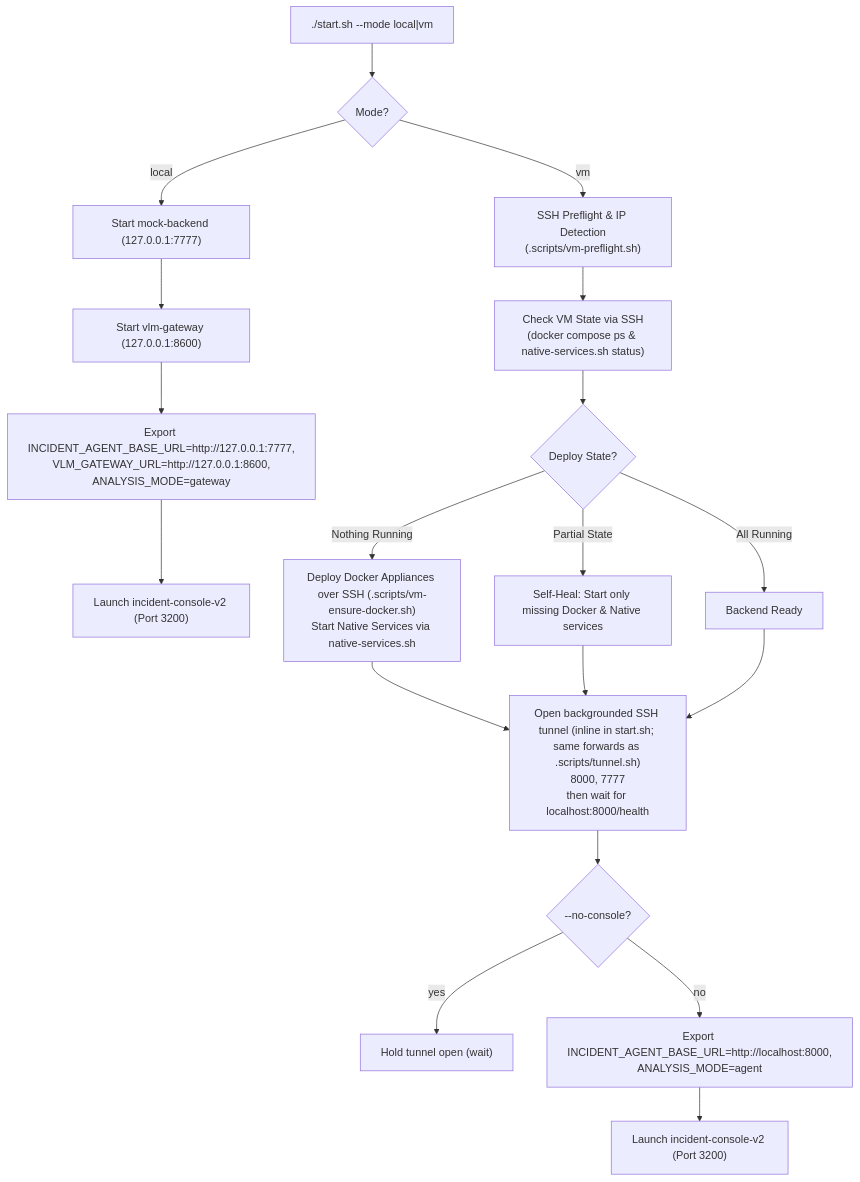
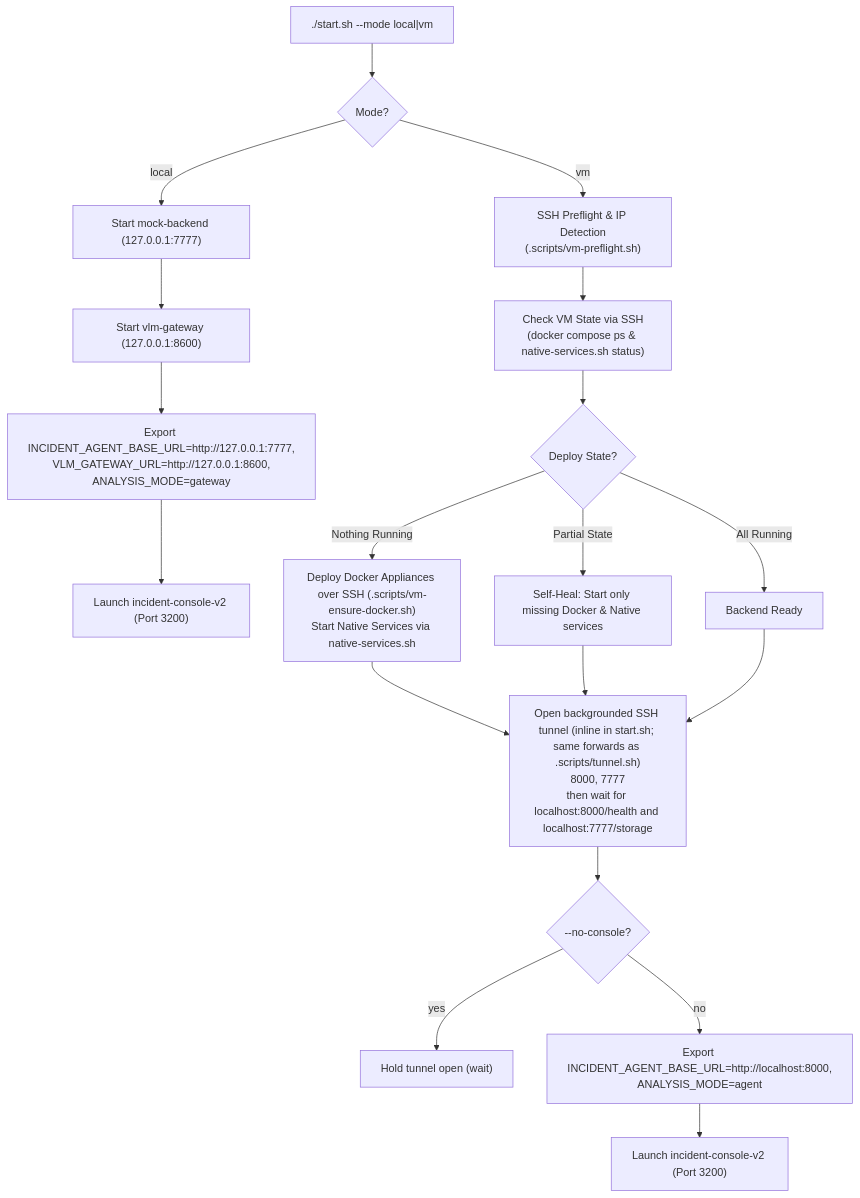
One commit to Danwidj/video-search-and-summarization changed the second of 5 diagrams in deploy/docker/developer-profiles/dev-profile-incident/.docs/architecture.md. Above: the diagram before and after it, drawn with Mermaid. The commit also changed 7 other files, not shown here.

Commit message:
feat(dev-profile-incident): health-check port 7777 proxy in start.sh and tunnel-check.sh (#153)

````diff
--- a/deploy/docker/developer-profiles/dev-profile-incident/.docs/architecture.md
+++ b/deploy/docker/developer-profiles/dev-profile-incident/.docs/architecture.md
@@ -129,28 +129,28 @@
 ```mermaid
 flowchart TD
     Start["./start.sh --mode local|vm"] --> CheckMode{Mode?}
 
     %% Local Mode Path
     CheckMode -->|local| StartMock["Start mock-backend (127.0.0.1:7777)"]
     StartMock --> StartGateway["Start vlm-gateway (127.0.0.1:8600)"]
     StartGateway --> LocalInit["Export INCIDENT_AGENT_BASE_URL=http://127.0.0.1:7777,<br/>VLM_GATEWAY_URL=http://127.0.0.1:8600,<br/>ANALYSIS_MODE=gateway"]
     LocalInit --> RunV2Local["Launch incident-console-v2 (Port 3200)"]
 
     %% VM Mode Path
     CheckMode -->|vm| Preflight["SSH Preflight & IP Detection<br/>(.scripts/vm-preflight.sh)"]
     Preflight --> CheckSSH["Check VM State via SSH<br/>(docker compose ps & native-services.sh status)"]
     CheckSSH --> StateDecision{Deploy State?}
     
     StateDecision -->|Nothing Running| FreshDeploy["Deploy Docker Appliances over SSH (.scripts/vm-ensure-docker.sh)<br/>Start Native Services via native-services.sh"]
     StateDecision -->|Partial State| SelfHeal["Self-Heal: Start only missing Docker & Native services"]
     StateDecision -->|All Running| Ready["Backend Ready"]
     
     FreshDeploy --> OpenTunnel
     SelfHeal --> OpenTunnel
     Ready --> OpenTunnel
 
-    OpenTunnel["Open backgrounded SSH tunnel (inline in start.sh; same forwards as .scripts/tunnel.sh)<br/>8000, 7777<br/>then wait for localhost:8000/health"] --> CheckConsole{--no-console?}
+    OpenTunnel["Open backgrounded SSH tunnel (inline in start.sh; same forwards as .scripts/tunnel.sh)<br/>8000, 7777<br/>then wait for localhost:8000/health and localhost:7777/storage"] --> CheckConsole{--no-console?}
     CheckConsole -->|yes| Hold["Hold tunnel open (wait)"]
     CheckConsole -->|no| VMInit["Export INCIDENT_AGENT_BASE_URL=http://localhost:8000,<br/>ANALYSIS_MODE=agent"]
     VMInit --> RunV2VM["Launch incident-console-v2 (Port 3200)"]
 ```
````
